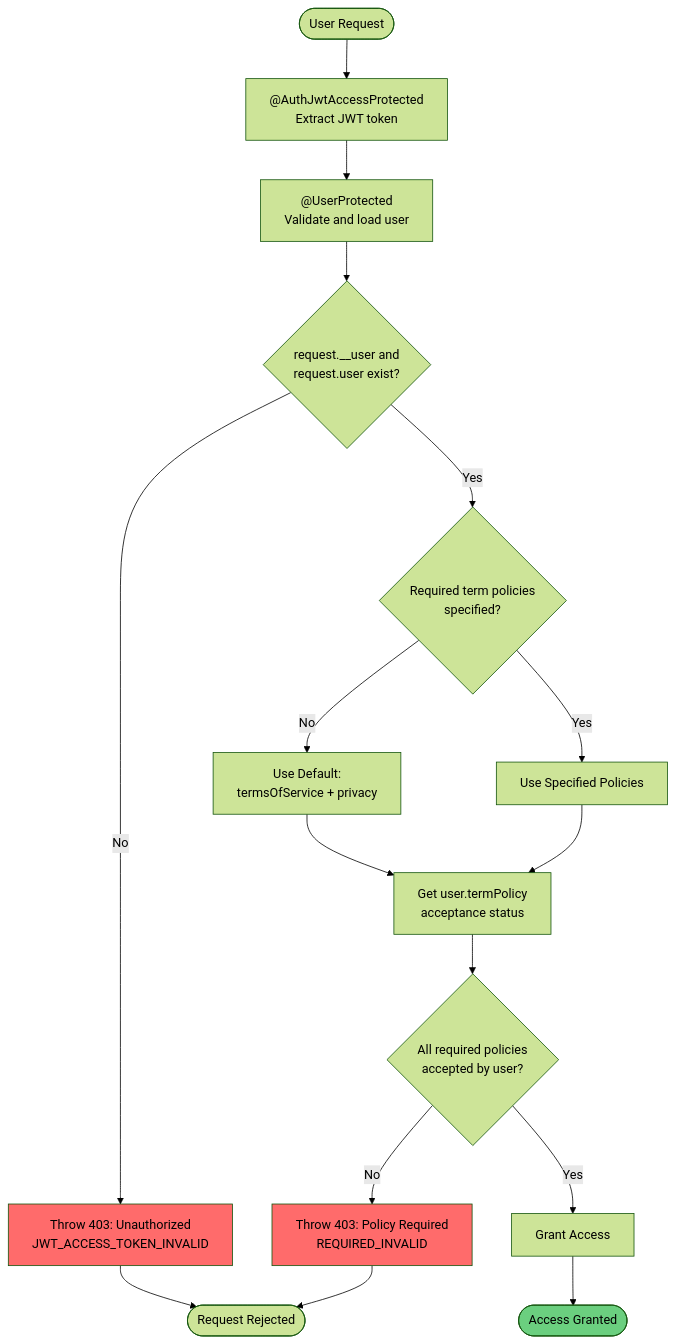
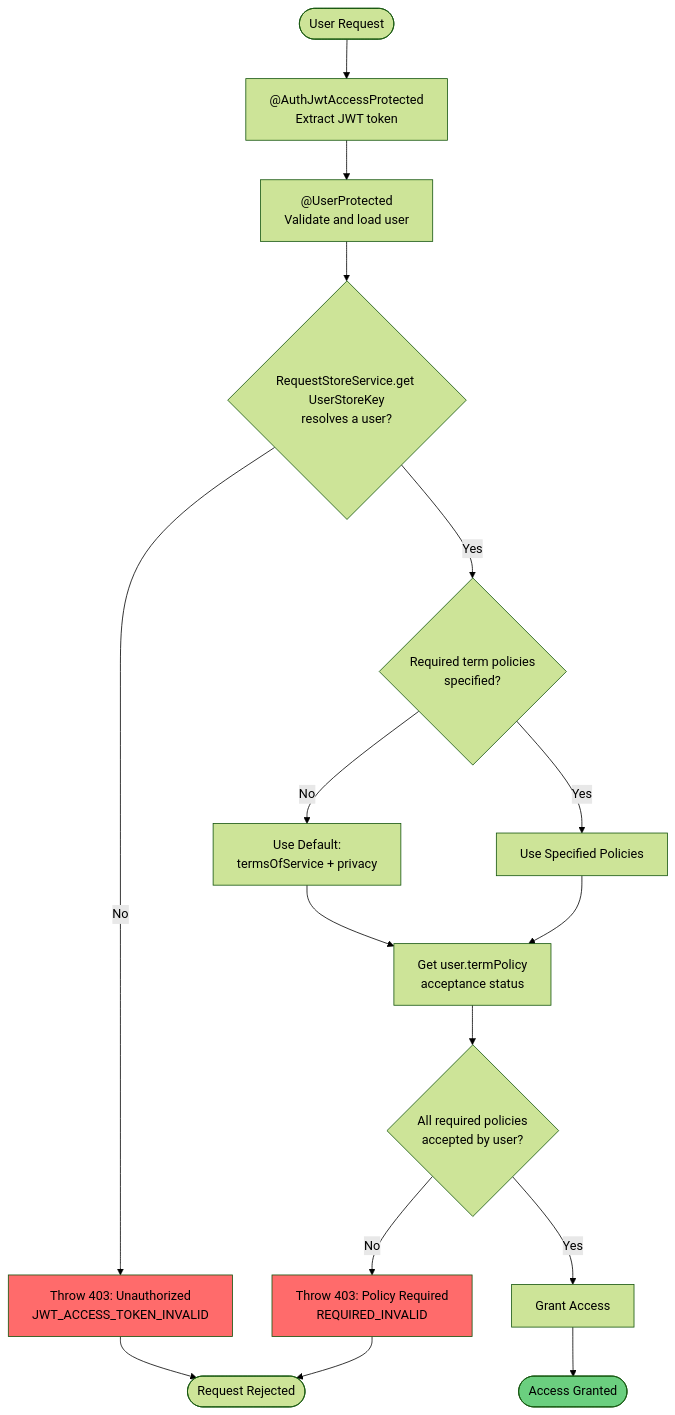
Before and after one commit to andrechristikan/ack-nestjs-boilerplate: the third of 3 diagrams in docs/term-policy.md, drawn with Mermaid (forest theme). The commit also changed 12 other files, not shown here.

````diff
--- a/docs/term-policy.md
+++ b/docs/term-policy.md
@@ -339,29 +339,29 @@
 ```mermaid
 flowchart TD
     Start([User Request]) --> JwtGuard[ @AuthJwtAccessProtected<br/>Extract JWT token]
     JwtGuard --> UserGuard[ @UserProtected<br/>Validate and load user]
-    UserGuard --> CheckUser{request.__user and<br/>request.user exist?}
+    UserGuard --> CheckUser{RequestStoreService.get UserStoreKey<br/>resolves a user?}
     
     CheckUser -->|No| ErrorUser[Throw 403: Unauthorized<br/>JWT_ACCESS_TOKEN_INVALID]
     CheckUser -->|Yes| CheckRequired{Required term policies<br/>specified?}
     
     CheckRequired -->|No| SetDefault[Use Default:<br/>termsOfService + privacy]
     CheckRequired -->|Yes| UseSpecified[Use Specified Policies]
     
     SetDefault --> GetTermPolicy[Get user.termPolicy<br/>acceptance status]
     UseSpecified --> GetTermPolicy
     
     GetTermPolicy --> CheckAcceptance{All required policies<br/>accepted by user?}
     
     CheckAcceptance -->|No| ErrorRequired[Throw 403: Policy Required<br/>REQUIRED_INVALID]
     CheckAcceptance -->|Yes| GrantAccess[Grant Access]
     
     GrantAccess --> Success([Access Granted])
     
     ErrorUser --> End([Request Rejected])
     ErrorRequired --> End
     
     style ErrorUser fill:#ff6b6b
     style ErrorRequired fill:#ff6b6b
     style Success fill:#6bcf7f
 ```
````
